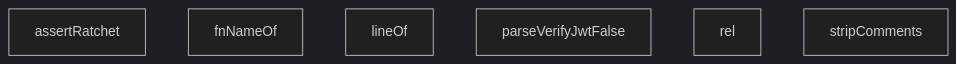
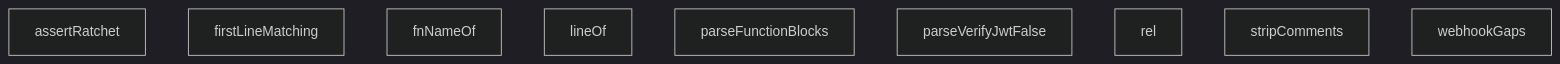
One commit to peckop/venthub-hvac-esite changed the diagram in src/__tests__/conformance/edge-security.test.md. Above: the diagram before and after it, drawn with Mermaid (dark theme). The commit also changed other lines of this file and 20 other files, not shown here.

First line of the commit message:
feat(edge): measure drift for real, close the webhook fail-open, lock five more rules, wire error reporting

````diff
--- a/src/__tests__/conformance/edge-security.test.md
+++ b/src/__tests__/conformance/edge-security.test.md
@@ -212,9 +369,12 @@
 ```mermaid
 graph TD
     edge-security_test_ts__assertRatchet["assertRatchet"]
+    edge-security_test_ts__firstLineMatching["firstLineMatching"]
     edge-security_test_ts__fnNameOf["fnNameOf"]
     edge-security_test_ts__lineOf["lineOf"]
+    edge-security_test_ts__parseFunctionBlocks["parseFunctionBlocks"]
     edge-security_test_ts__parseVerifyJwtFalse["parseVerifyJwtFalse"]
     edge-security_test_ts__rel["rel"]
     edge-security_test_ts__stripComments["stripComments"]
+    edge-security_test_ts__webhookGaps["webhookGaps"]
 ```
````
